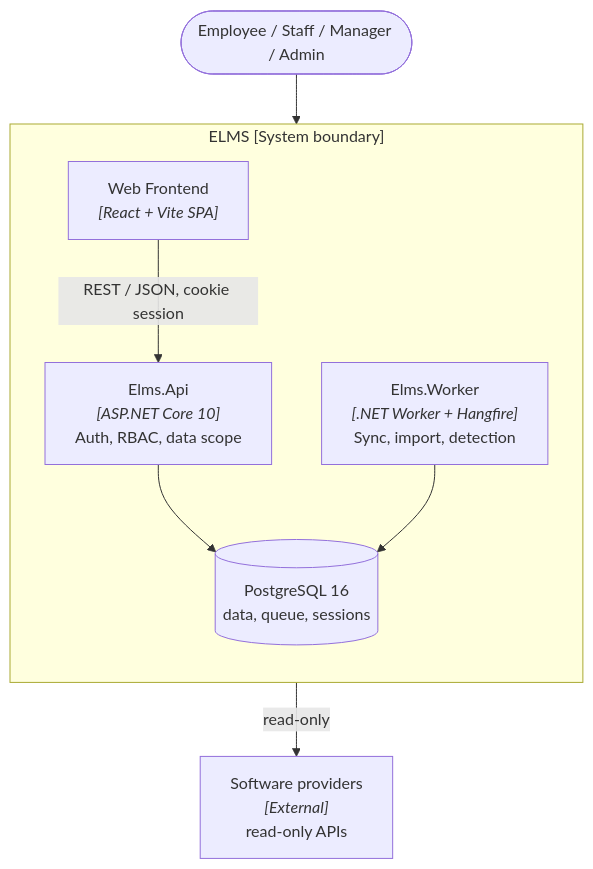
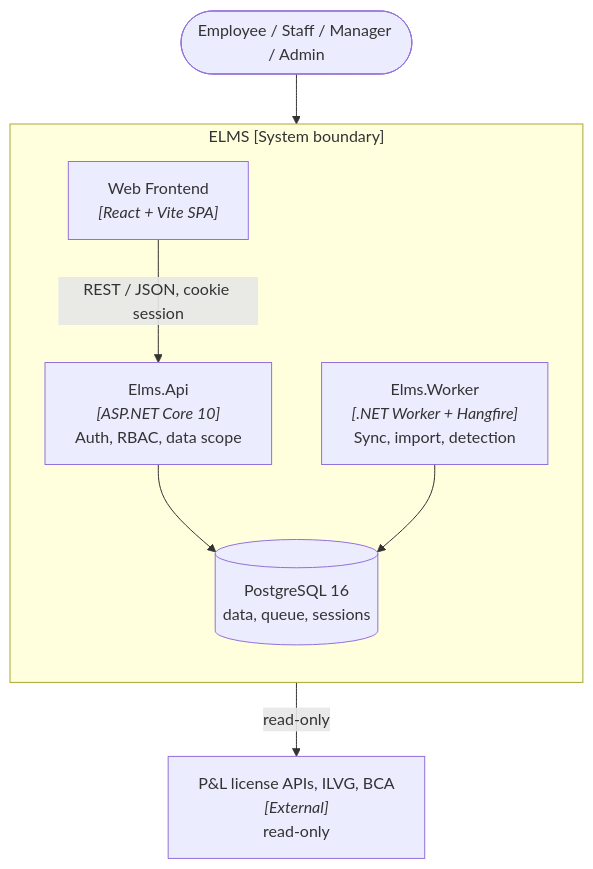
One commit to cuonglpv/VFast changed the diagram in README.md. Above: the diagram before and after it, drawn with Mermaid. The commit also changed other lines of this file and 47 other files, not shown here.

````diff
--- a/README.md
+++ b/README.md
@@ -187,17 +195,17 @@
 ```mermaid
 flowchart TB
     people(["Employee / Staff / Manager / Admin"])
-    providers["Software providers<br/><i>[External]</i><br/>read-only APIs"]
+    providers["P&L license APIs, ILVG, BCA<br/><i>[External]</i><br/>read-only"]
     subgraph platform["ELMS [System boundary]"]
         direction TB
         web["Web Frontend<br/><i>[React + Vite SPA]</i>"]
         api["Elms.Api<br/><i>[ASP.NET Core 10]</i><br/>Auth, RBAC, data scope"]
         worker["Elms.Worker<br/><i>[.NET Worker + Hangfire]</i><br/>Sync, import, detection"]
         db[("PostgreSQL 16<br/>data, queue, sessions")]
     end
     people --> web
     web -- "REST / JSON, cookie session" --> api
     api --> db
     worker --> db
     worker -- "read-only" --> providers
 ```
````
